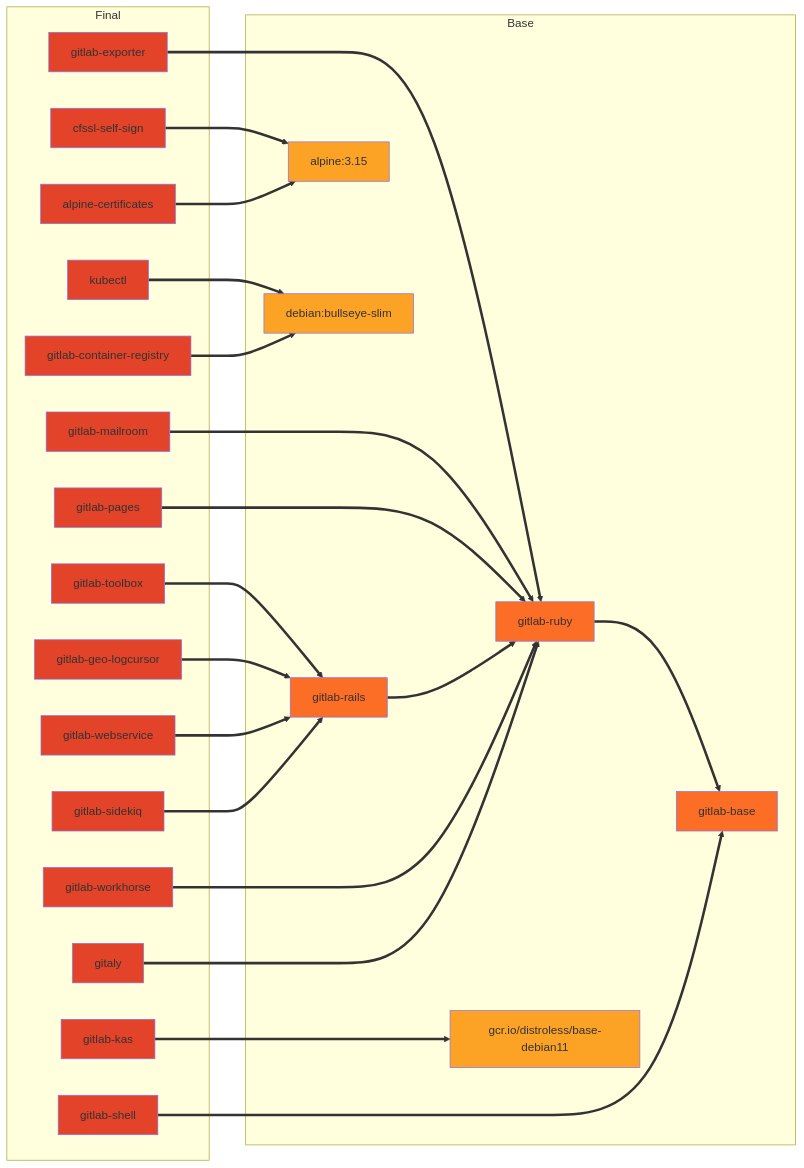
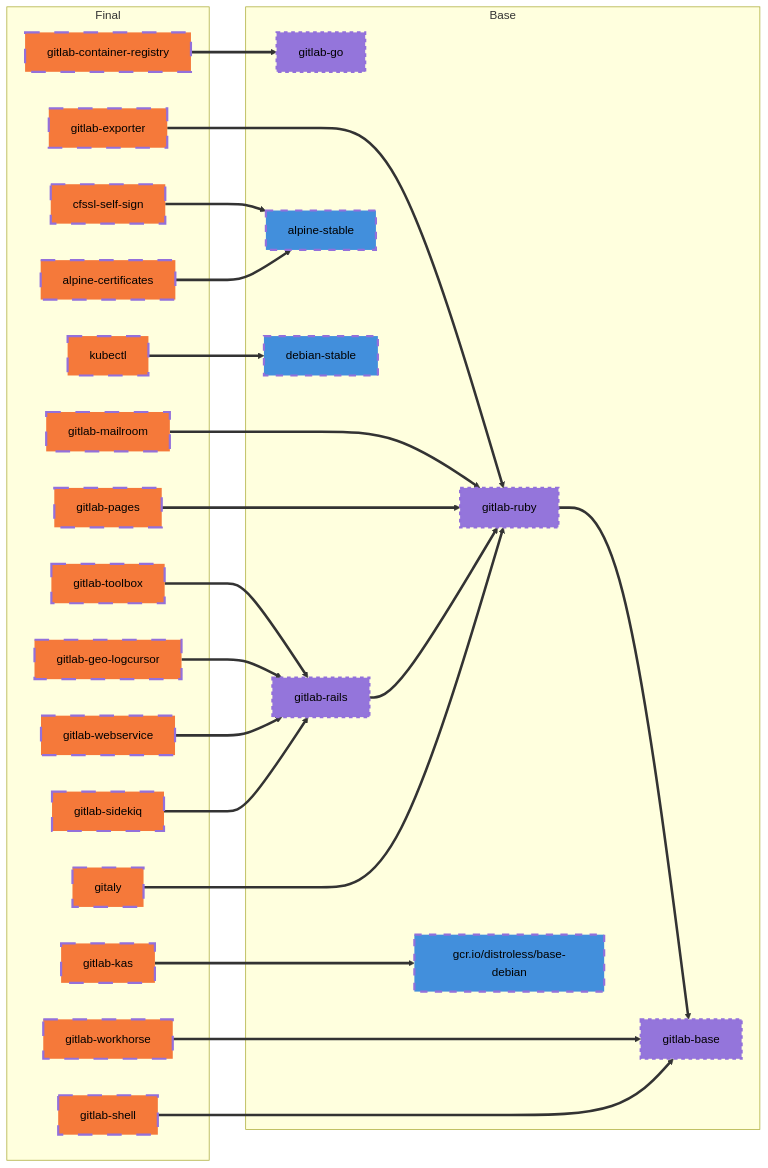
One commit to tachyons/gitlab-pages changed the first of 2 diagrams in docs/build.md. Above: the diagram before and after it, drawn with Mermaid. The commit also changed other lines of this file and 32 other files, not shown here.

````diff
--- a/docs/build.md
+++ b/docs/build.md
@@ -243,55 +280,56 @@
 ```mermaid
 graph LR;
   subgraph Final
     gitlab-toolbox:::final
     gitlab-webservice:::final
     gitlab-workhorse:::final
     gitlab-sidekiq:::final
     gitlab-geo-logcursor:::final
     gitlab-exporter:::final
     gitlab-mailroom:::final
     gitlab-shell:::final
     gitlab-pages:::final
     gitaly:::final
     gitlab-kas:::final
     kubectl:::final
     gitlab-container-registry:::final
     alpine-certificates:::final
     cfssl-self-sign:::final
   end
 
   subgraph Base
     gitlab-base
+    gitlab-go
     gitlab-ruby==>gitlab-base;
     gitlab-rails
-    alpine[alpine:3.15]:::external;
-    debian[debian:bullseye-slim]:::external;
-    gcr.io/distroless/base-debian11:::external;
+    alpine-stable:::external;
+    debian-stable:::external;
+    gcr.io/distroless/base-debian:::external;
   end
 
-  kubectl==>debian;
-  cfssl-self-sign==>alpine;
-  alpine-certificates==>alpine;
+  kubectl==>debian-stable;
+  cfssl-self-sign==>alpine-stable;
+  alpine-certificates==>alpine-stable;
 
   gitlab-toolbox==>gitlab-rails;
   gitlab-geo-logcursor==>gitlab-rails;
   gitlab-webservice==>gitlab-rails;
   gitlab-sidekiq==>gitlab-rails;
 
   gitlab-exporter==>gitlab-ruby;
   gitlab-mailroom===>gitlab-ruby;
   gitlab-pages===>gitlab-ruby
   gitlab-rails==>gitlab-ruby;
-  gitlab-workhorse===>gitlab-ruby
+  gitlab-workhorse==>gitlab-base
   gitaly===>gitlab-ruby;
 
   gitlab-shell===>gitlab-base;
 
-  gitlab-container-registry==>debian
+  gitlab-container-registry==>gitlab-go
 
-  gitlab-kas===>gcr.io/distroless/base-debian11;
+  gitlab-kas===>gcr.io/distroless/base-debian;
 
-  classDef default fill:#fc6d26;
-  classDef external fill:#fca326;
-  classDef final fill:#e24329;
+  classDef default color:#000000, fill:#9475db, stroke-width:3, stroke-dasharray:5 5;
+  classDef external color:#000000, fill:#428fdc,stroke-width:3, stroke-dasharray:10 10;
+  classDef final color:#000000, fill:#f5793a,stroke-width:3, stroke-dasharray:20 20;
 ```
````
